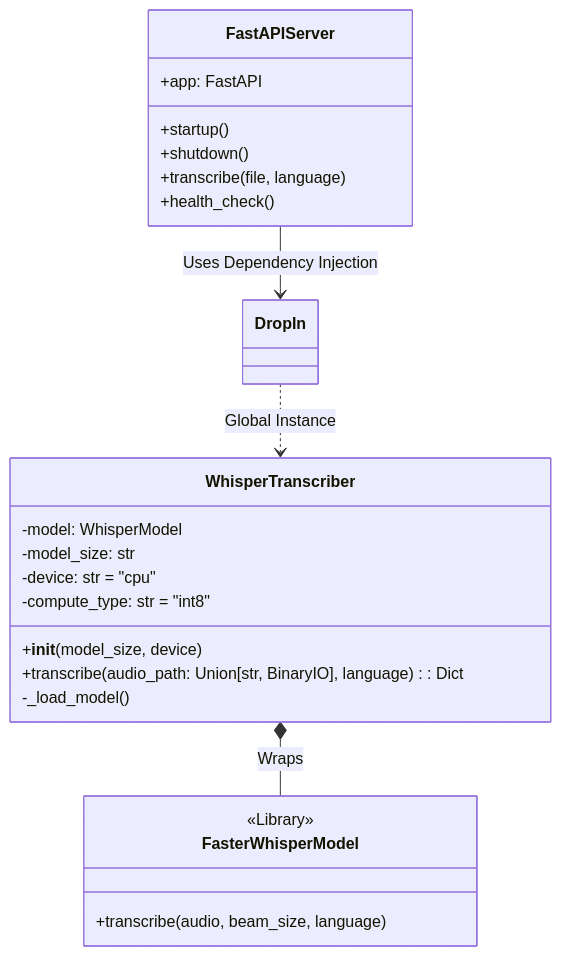
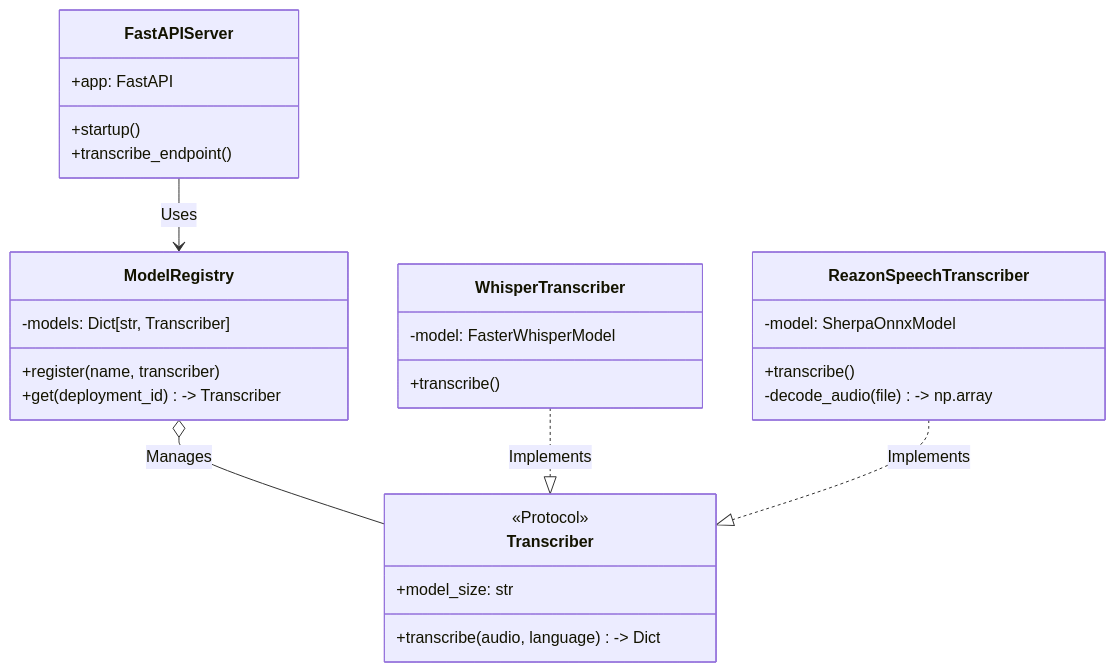
The first of 2 diagrams in ARCHITECTURE.md (kurenainagi/WhisperServer), drawn with Mermaid before and after one commit. The commit also changed other lines of this file and 1 other file, not shown here.

````diff
--- a/ARCHITECTURE.md
+++ b/ARCHITECTURE.md
@@ -37,29 +24,36 @@
 ```mermaid
 classDiagram
     class FastAPIServer {
         +app: FastAPI
         +startup()
-        +shutdown()
-        +transcribe(file, language)
-        +health_check()
+        +transcribe_endpoint()
+    }
+
+    class ModelRegistry {
+        -models: Dict[str, Transcriber]
+        +register(name, transcriber)
+        +get(deployment_id) -> Transcriber
+    }
+
+    class Transcriber {
+        <<Protocol>>
+        +transcribe(audio, language) -> Dict
+        +model_size: str
     }
 
     class WhisperTranscriber {
-        -model: WhisperModel
-        -model_size: str
-        -device: str = "cpu"
-        -compute_type: str = "int8"
-        +__init__(model_size, device)
-        +transcribe(audio_path: Union[str, BinaryIO], language) : Dict
-        -_load_model()
+        -model: FasterWhisperModel
+        +transcribe()
     }
 
-    class FasterWhisperModel {
-        <<Library>>
-        +transcribe(audio, beam_size, language)
+    class ReazonSpeechTranscriber {
+        -model: SherpaOnnxModel
+        +transcribe()
+        -decode_audio(file) -> np.array
     }
 
-    FastAPIServer --> DropIn : Uses Dependency Injection
-    DropIn ..> WhisperTranscriber : Global Instance
-    WhisperTranscriber *-- FasterWhisperModel : Wraps
+    FastAPIServer --> ModelRegistry : Uses
+    ModelRegistry o-- Transcriber : Manages
+    WhisperTranscriber ..|> Transcriber : Implements
+    ReazonSpeechTranscriber ..|> Transcriber : Implements
 ```
````
